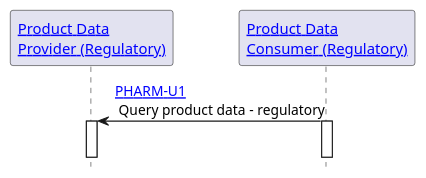
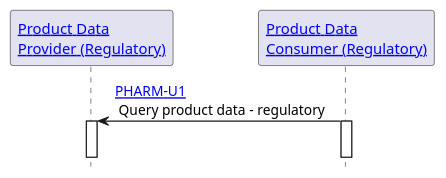
Before and after one commit to unicom-project-eu/unicom-ihe-transactions: the diagram in input/images-source/u1.plantuml, drawn with PlantUML. The commit also changed 3 other files, not shown here.

Commit message:
update transaction diagrams

```diff
--- a/input/images-source/u1.plantuml
+++ b/input/images-source/u1.plantuml
@@ -1,10 +1,10 @@
 @startuml
 hide footbox
 participant "[[actors_and_transactions.html#product-data-provider Product Data\nProvider (Regulatory)]]" as a1
 participant "[[actors_and_transactions.html#product-data-consumer Product Data\nConsumer (Regulatory)]]" as a2
 
-a2 -> a1 : [[u1.html PHARM-U1]]\n Query product data - regulatory
+a2 -> a1 : [[u1.html PHARM-U1]]\n Query product data - regulatory\t
 activate a1
 activate a2
 |||
 @enduml
```
